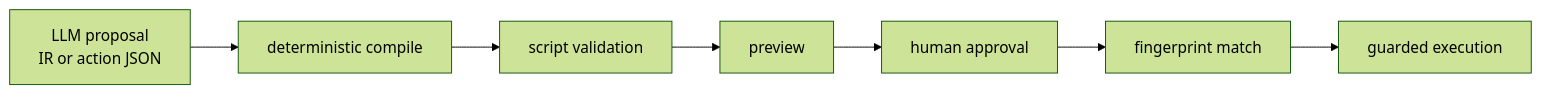
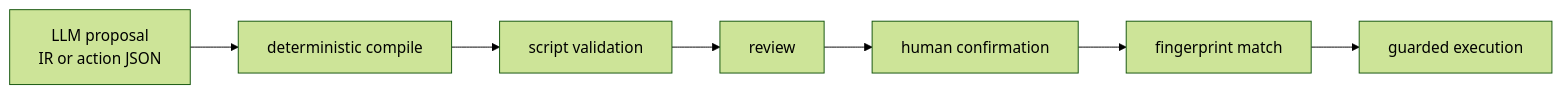
Before and after one commit to HRDI0/TextToSQL_by_localLLM: diagram 12 of 12 in docs/public/project_structure_and_prompt_design_ko.md, drawn with Mermaid (forest theme). The commit also changed other lines of this file and 25 other files, not shown here.

````diff
--- a/docs/public/project_structure_and_prompt_design_ko.md
+++ b/docs/public/project_structure_and_prompt_design_ko.md
@@ -481,12 +493,12 @@
 ```mermaid
 flowchart LR
     Proposal["LLM proposal\nIR or action JSON"]
     Compile["deterministic compile"]
     Validate["script validation"]
-    Preview["preview"]
-    Approval["human approval"]
+    Preview["review"]
+    Approval["human confirmation"]
     Fingerprint["fingerprint match"]
     Execution["guarded execution"]
 
     Proposal --> Compile --> Validate --> Preview --> Approval --> Fingerprint --> Execution
 ```
````
